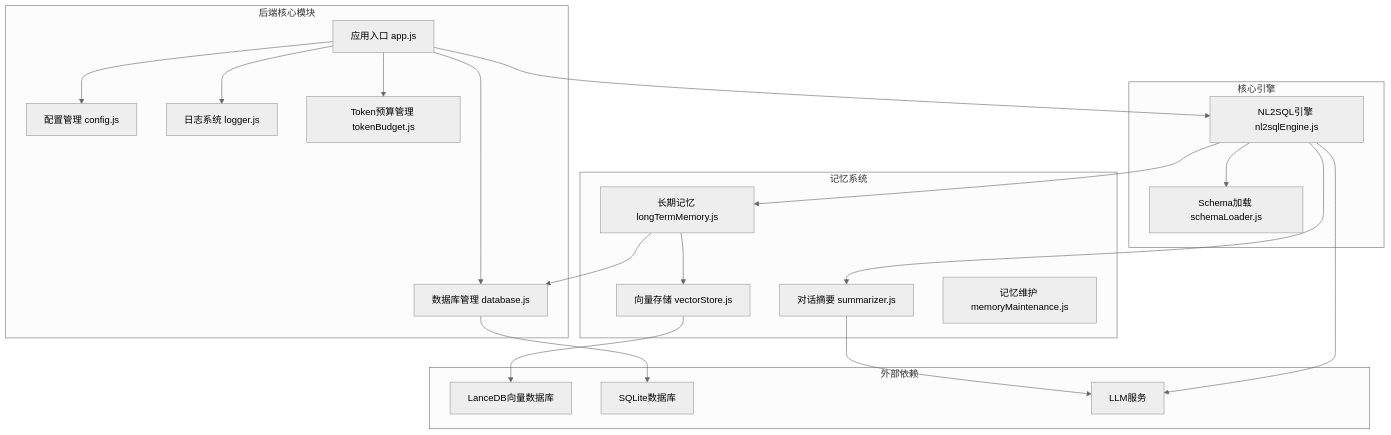
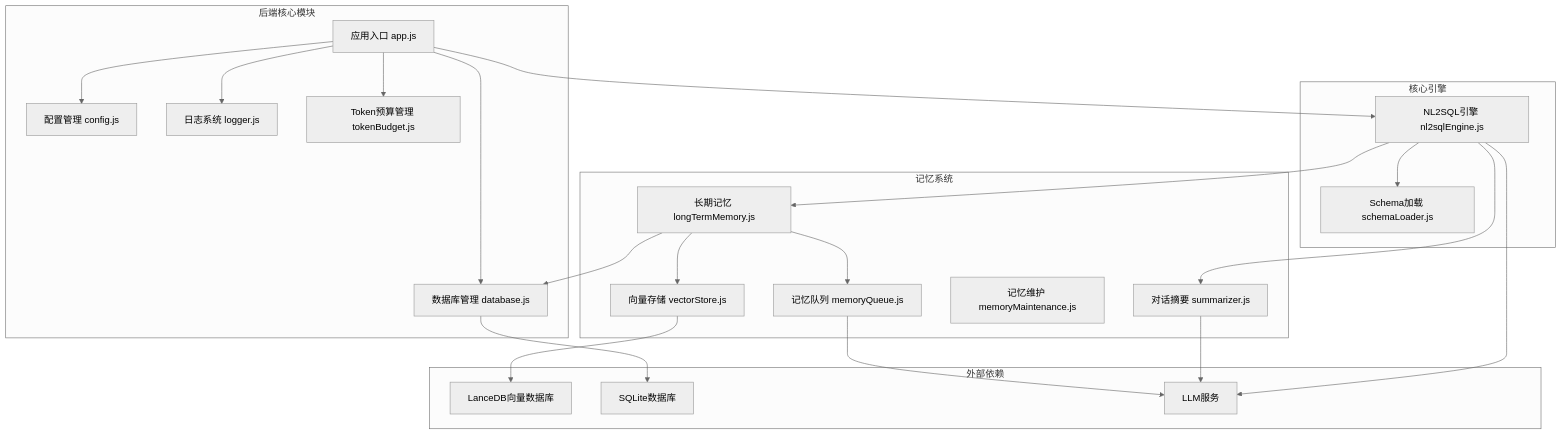
Before and after one commit to HanHuiOnLine/724-office: the first of 6 diagrams in .qoder/repowiki/zh/content/核心模块详解/NL2SQL自然语言到SQL系统/NL2SQL长期记忆系统.md, drawn with Mermaid (neutral theme). The commit also changed other lines of this file and 7 other files, not shown here.

````diff
--- a/.qoder/repowiki/zh/content/核心模块详解/NL2SQL自然语言到SQL系统/NL2SQL长期记忆系统.md
+++ b/.qoder/repowiki/zh/content/核心模块详解/NL2SQL自然语言到SQL系统/NL2SQL长期记忆系统.md
@@ -55,39 +57,42 @@
 ```mermaid
 graph TB
 subgraph "后端核心模块"
 A[应用入口 app.js]
 B[配置管理 config.js]
 C[数据库管理 database.js]
 D[日志系统 logger.js]
 E[Token预算管理 tokenBudget.js]
 end
 subgraph "核心引擎"
 F[NL2SQL引擎 nl2sqlEngine.js]
 G[Schema加载 schemaLoader.js]
 end
 subgraph "记忆系统"
 H[长期记忆 longTermMemory.js]
 I[向量存储 vectorStore.js]
 J[对话摘要 summarizer.js]
 K[记忆维护 memoryMaintenance.js]
+L[记忆队列 memoryQueue.js]
 end
 subgraph "外部依赖"
-L[LanceDB向量数据库]
-M[SQLite数据库]
-N[LLM服务]
+M[LanceDB向量数据库]
+N[SQLite数据库]
+O[LLM服务]
 end
 A --> B
 A --> C
 A --> D
 A --> E
 A --> F
 F --> G
 F --> H
 F --> J
 H --> I
 H --> C
-I --> L
-C --> M
-F --> N
-J --> N
+H --> L
+I --> M
+C --> N
+F --> O
+J --> O
+L --> O
 ```
````
